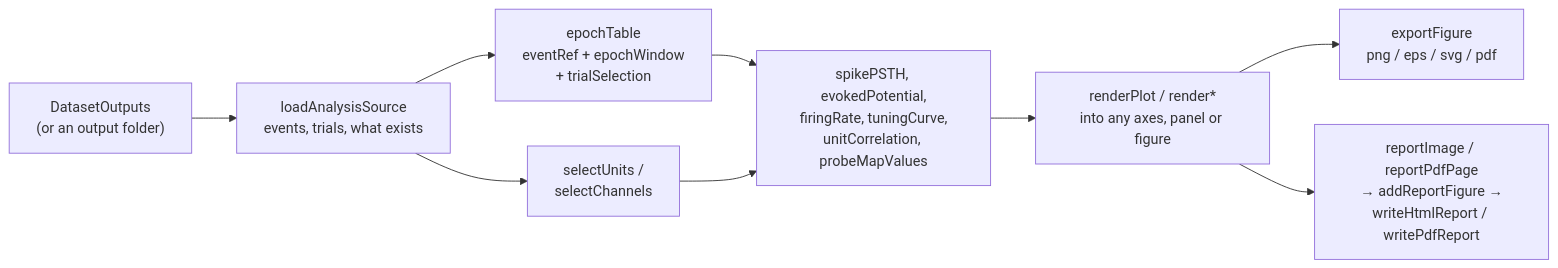
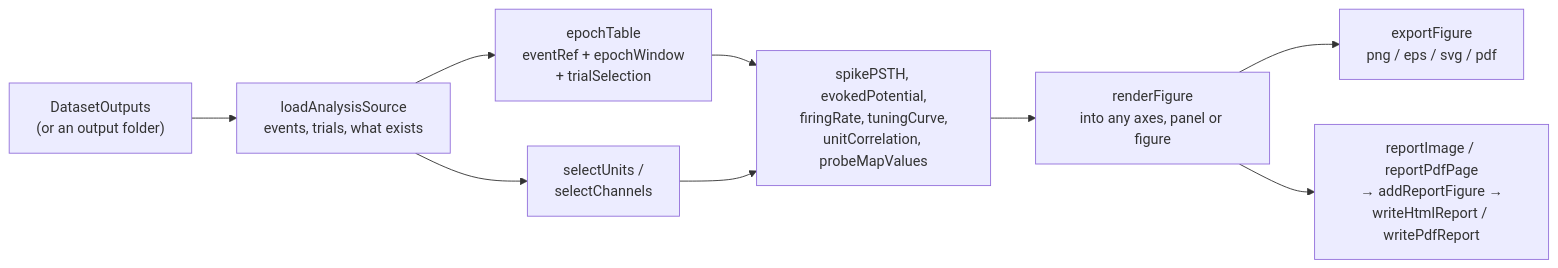
One commit to dstolz/ephys_analysis changed the first of 2 diagrams in documentation/EphysAnalysis.md. Above: the diagram before and after it, drawn with Mermaid. The commit also changed other lines of this file and 9 other files, not shown here.

````diff
--- a/documentation/EphysAnalysis.md
+++ b/documentation/EphysAnalysis.md
@@ -53,11 +53,11 @@
 ```mermaid
 flowchart LR
     OUT["DatasetOutputs<br/>(or an output folder)"] --> SRC["loadAnalysisSource<br/>events, trials, what exists"]
     SRC --> EP["epochTable<br/>eventRef + epochWindow<br/>+ trialSelection"]
     SRC --> SEL["selectUnits /<br/>selectChannels"]
     EP --> CMP["spikePSTH, evokedPotential,<br/>firingRate, tuningCurve,<br/>unitCorrelation, probeMapValues"]
     SEL --> CMP
-    CMP --> RND["renderPlot / render*<br/>into any axes, panel or figure"]
+    CMP --> RND["renderFigure<br/>into any axes, panel or figure"]
     RND --> EXP["exportFigure<br/>png / eps / svg / pdf"]
     RND --> REP["reportImage / reportPdfPage<br/>→ addReportFigure →<br/>writeHtmlReport / writePdfReport"]
 ```
````
